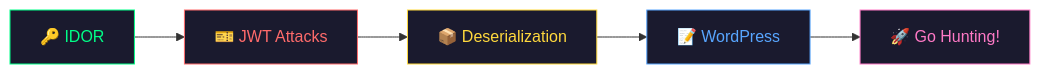
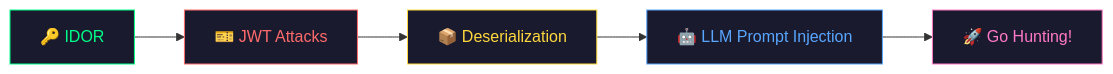
The first of 4 diagrams in Day-3.md (f20230198-art/Bug-Bounty-Hunting), drawn with Mermaid before and after one commit. The commit also changed other lines of this file and 3 other files, not shown here.

````diff
--- a/Day-3.md
+++ b/Day-3.md
@@ -11,12 +11,12 @@
 ```mermaid
 graph LR
     A["🔑 IDOR"] --> B["🎫 JWT Attacks"]
     B --> C["📦 Deserialization"]
-    C --> D["📝 WordPress"]
+    C --> D["🤖 LLM Prompt Injection"]
     D --> E["🚀 Go Hunting!"]
     style A fill:#1a1a2e,stroke:#00ff88,color:#00ff88
     style B fill:#1a1a2e,stroke:#ff6b6b,color:#ff6b6b
     style C fill:#1a1a2e,stroke:#ffd93d,color:#ffd93d
     style D fill:#1a1a2e,stroke:#58a6ff,color:#58a6ff
     style E fill:#1a1a2e,stroke:#ff79c6,color:#ff79c6
 ```
````
